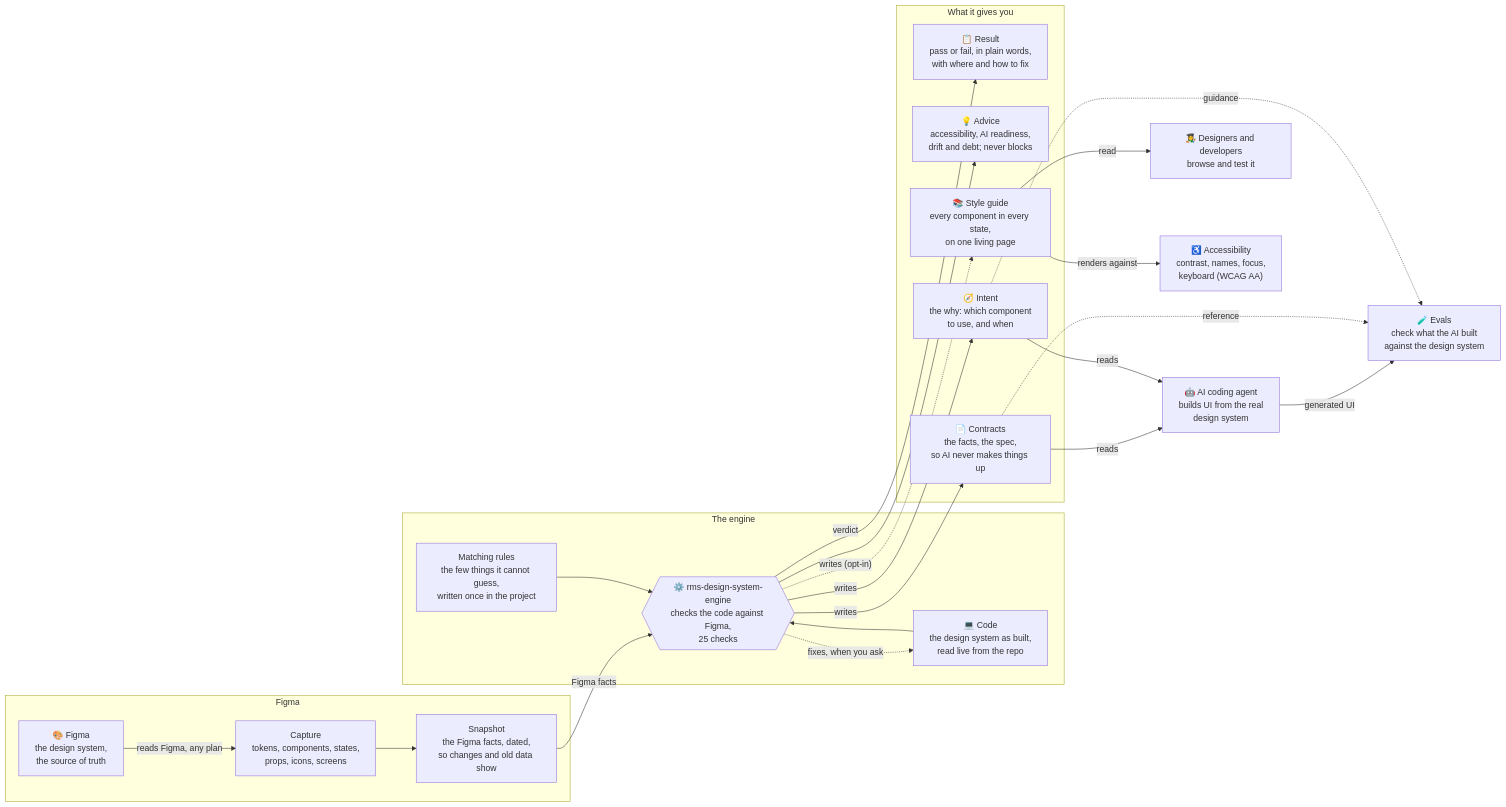
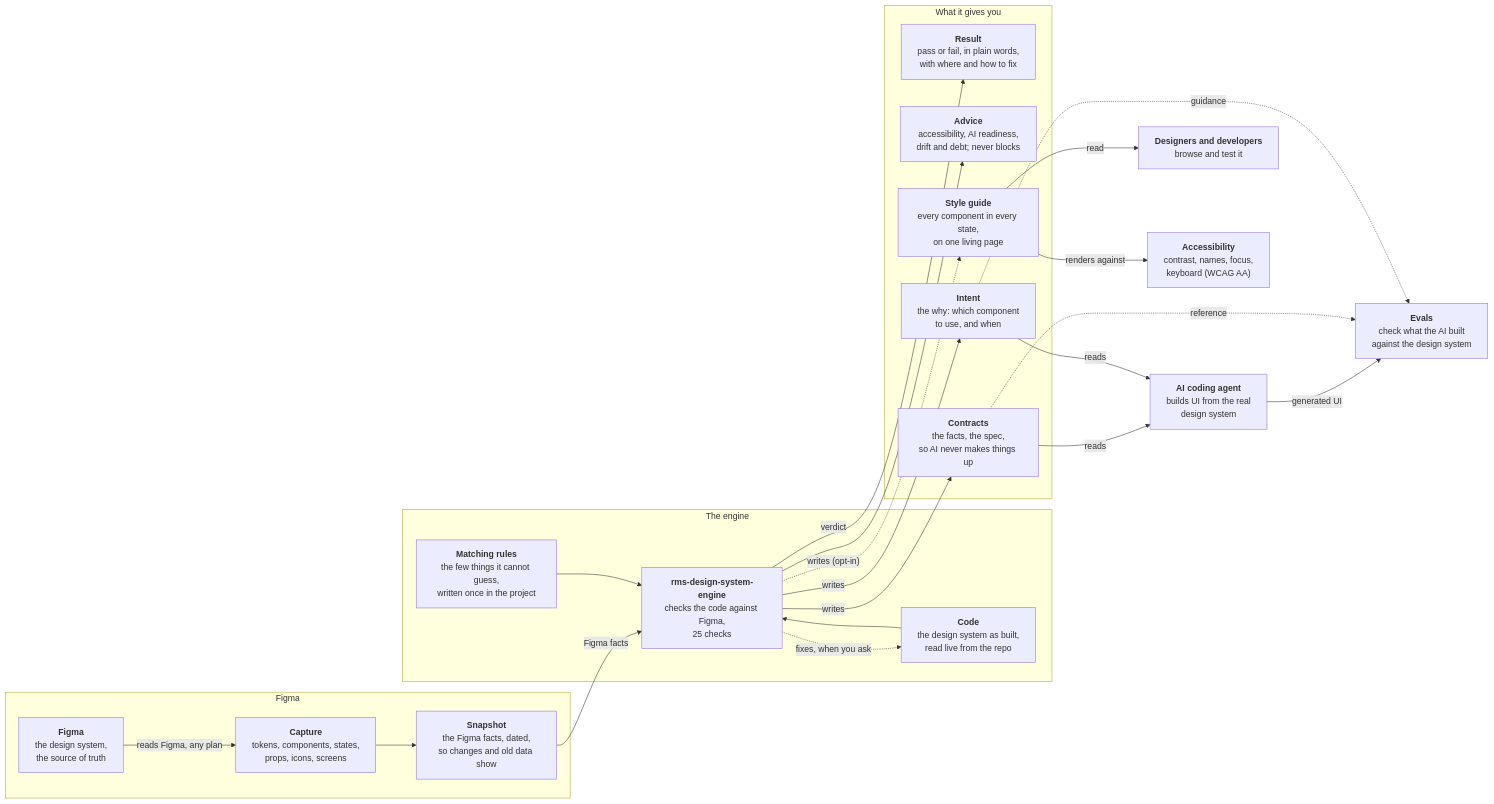
Before and after one commit to rafaelmatosdasilva/rms-design-system-engine: the diagram in README.md, drawn with Mermaid.

Commit message:
README: the flow with its text left-aligned, no emojis, titles in bold
Claude-Session: https://claude.ai/code/session_01NAiQF7FaCvTe9vgNQmgsRB

````diff
--- a/README.md
+++ b/README.md
@@ -21,36 +21,37 @@
 ```mermaid
+%%{init: {"themeCSS": ".nodeLabel, .nodeLabel p, .label div { text-align: left !important; }"}}%%
 flowchart LR
     subgraph IN["Figma"]
-        FIG["🎨 Figma<br/>the design system,<br/>the source of truth"]
-        CAP["Capture<br/>tokens, components, states,<br/>props, icons, screens"]
-        SNAP["Snapshot<br/>the Figma facts, dated,<br/>so changes and old data show"]
+        FIG["<b>Figma</b><br/>the design system,<br/>the source of truth"]
+        CAP["<b>Capture</b><br/>tokens, components, states,<br/>props, icons, screens"]
+        SNAP["<b>Snapshot</b><br/>the Figma facts, dated,<br/>so changes and old data show"]
     end
     subgraph CORE["The engine"]
-        CODE["💻 Code<br/>the design system as built,<br/>read live from the repo"]
-        ENG{{"⚙️ rms-design-system-engine<br/>checks the code against Figma,<br/>25 checks"}}
-        RULES["Matching rules<br/>the few things it cannot guess,<br/>written once in the project"]
+        CODE["<b>Code</b><br/>the design system as built,<br/>read live from the repo"]
+        ENG["<b>rms-design-system-engine</b><br/>checks the code against Figma,<br/>25 checks"]
+        RULES["<b>Matching rules</b><br/>the few things it cannot guess,<br/>written once in the project"]
     end
     subgraph OUT["What it gives you"]
-        RES["📋 Result<br/>pass or fail, in plain words,<br/>with where and how to fix"]
-        ADV["💡 Advice<br/>accessibility, AI readiness,<br/>drift and debt; never blocks"]
-        CON["📄 Contracts<br/>the facts, the spec,<br/>so AI never makes things up"]
-        INT["🧭 Intent<br/>the why: which component<br/>to use, and when"]
-        SG["📚 Style guide<br/>every component in every state,<br/>on one living page"]
+        RES["<b>Result</b><br/>pass or fail, in plain words,<br/>with where and how to fix"]
+        ADV["<b>Advice</b><br/>accessibility, AI readiness,<br/>drift and debt; never blocks"]
+        CON["<b>Contracts</b><br/>the facts, the spec,<br/>so AI never makes things up"]
+        INT["<b>Intent</b><br/>the why: which component<br/>to use, and when"]
+        SG["<b>Style guide</b><br/>every component in every state,<br/>on one living page"]
     end
     FIG -->|"reads Figma, any plan"| CAP --> SNAP -->|Figma facts| ENG
     CODE --> ENG
     RULES --> ENG
     ENG -.->|"fixes, when you ask"| CODE
     ENG -->|verdict| RES
     ENG --> ADV
     ENG -->|writes| CON
     ENG -->|writes| INT
     ENG -.->|"writes (opt-in)"| SG
-    CON -->|reads| AI["🤖 AI coding agent<br/>builds UI from the real<br/>design system"]
+    CON -->|reads| AI["<b>AI coding agent</b><br/>builds UI from the real<br/>design system"]
     INT -->|reads| AI
-    SG -->|read| PEOPLE["👩‍🎨 Designers and developers<br/>browse and test it"]
-    SG -->|renders against| A11Y["♿ Accessibility<br/>contrast, names, focus,<br/>keyboard (WCAG AA)"]
-    AI -->|generated UI| EV["🧪 Evals<br/>check what the AI built<br/>against the design system"]
+    SG -->|read| PEOPLE["<b>Designers and developers</b><br/>browse and test it"]
+    SG -->|renders against| A11Y["<b>Accessibility</b><br/>contrast, names, focus,<br/>keyboard (WCAG AA)"]
+    AI -->|generated UI| EV["<b>Evals</b><br/>check what the AI built<br/>against the design system"]
     CON -.->|reference| EV
     INT -.->|guidance| EV
 ```
````
